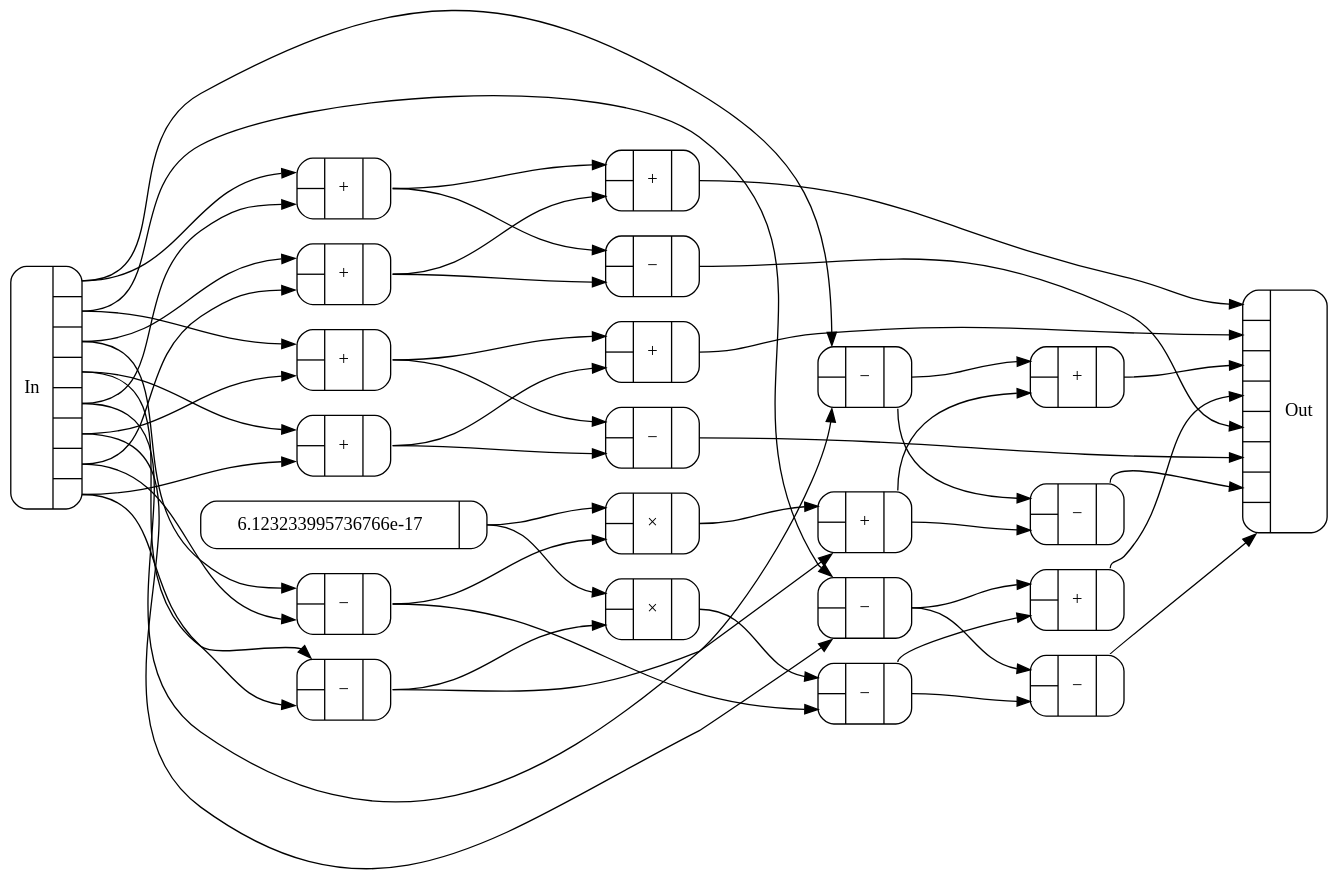
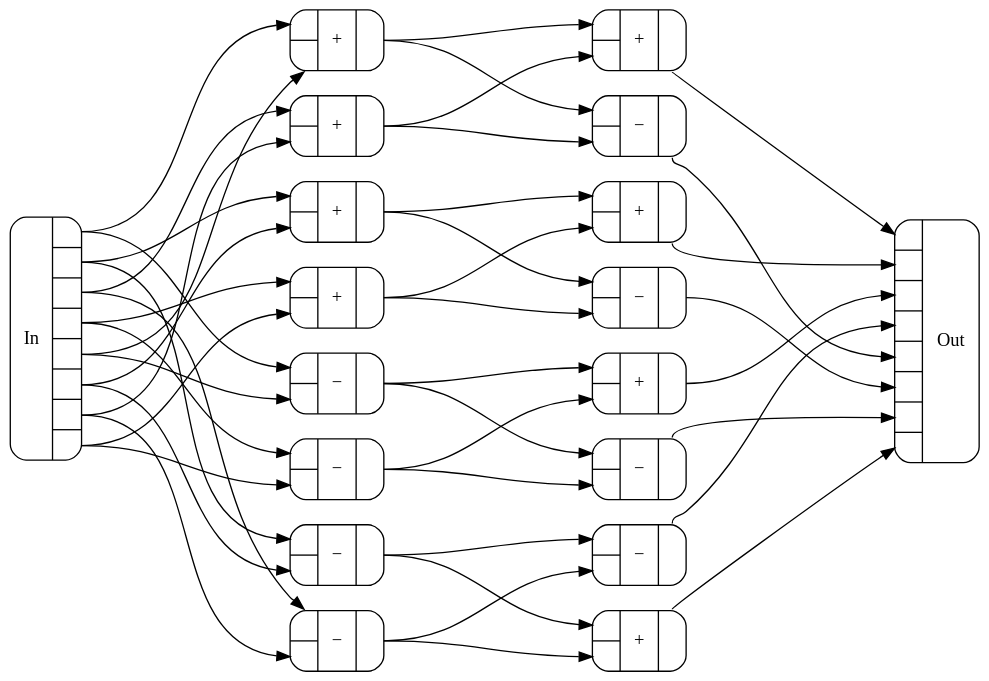
The diagram in Figures/circuits/fft-lb2.dot (conal/talk-2016-generic-fft), drawn with Graphviz before and after one commit. The commit also changed 18 other files, not shown here.

```diff
--- a/Figures/circuits/fft-lb2.dot
+++ b/Figures/circuits/fft-lb2.dot
@@ -1,80 +1,67 @@
 digraph fft_lb2 {
   rankdir=LR;
   node [shape=Mrecord];
   bgcolor=transparent;
   nslimit=20;
-  ranksep="1.25";
+  ranksep="2.2";
   c0 [label="{{<In0>|<In1>}|+|{<Out0>}}"];
   c1 [label="{{<In0>|<In1>}|+|{<Out0>}}"];
   c2 [label="{{<In0>|<In1>}|+|{<Out0>}}"];
   c3 [label="{{<In0>|<In1>}|+|{<Out0>}}"];
   c4 [label="{{<In0>|<In1>}|+|{<Out0>}}"];
   c5 [label="{{<In0>|<In1>}|+|{<Out0>}}"];
   c6 [label="{{<In0>|<In1>}|+|{<Out0>}}"];
   c7 [label="{{<In0>|<In1>}|+|{<Out0>}}"];
-  c8 [label="{{<In0>|<In1>}|+|{<Out0>}}"];
-  c22 [label="{6.123233995736766e-17|{<Out0>}}"];
-  c24 [label="{In|{<Out0>|<Out1>|<Out2>|<Out3>|<Out4>|<Out5>|<Out6>|<Out7>}}"];
-  c25 [label="{{<In0>|<In1>|<In2>|<In3>|<In4>|<In5>|<In6>|<In7>}|Out}"];
-  c28 [label="{{<In0>|<In1>}|\×|{<Out0>}}"];
-  c29 [label="{{<In0>|<In1>}|\×|{<Out0>}}"];
-  c30 [label="{{<In0>|<In1>}|\−|{<Out0>}}"];
-  c31 [label="{{<In0>|<In1>}|\−|{<Out0>}}"];
-  c32 [label="{{<In0>|<In1>}|\−|{<Out0>}}"];
-  c33 [label="{{<In0>|<In1>}|\−|{<Out0>}}"];
-  c34 [label="{{<In0>|<In1>}|\−|{<Out0>}}"];
-  c35 [label="{{<In0>|<In1>}|\−|{<Out0>}}"];
-  c36 [label="{{<In0>|<In1>}|\−|{<Out0>}}"];
-  c37 [label="{{<In0>|<In1>}|\−|{<Out0>}}"];
-  c38 [label="{{<In0>|<In1>}|\−|{<Out0>}}"];
-  c24:Out0 -> c0:In0
-  c24:Out4 -> c0:In1
-  c24:Out1 -> c1:In0
-  c24:Out5 -> c1:In1
-  c24:Out2 -> c2:In0
-  c24:Out6 -> c2:In1
-  c24:Out3 -> c3:In0
-  c24:Out7 -> c3:In1
-  c0:Out0 -> c4:In0
-  c2:Out0 -> c4:In1
-  c1:Out0 -> c5:In0
-  c3:Out0 -> c5:In1
-  c30:Out0 -> c6:In0
-  c8:Out0 -> c6:In1
-  c31:Out0 -> c7:In0
-  c38:Out0 -> c7:In1
-  c28:Out0 -> c8:In0
-  c33:Out0 -> c8:In1
-  c4:Out0 -> c25:In0
-  c5:Out0 -> c25:In1
-  c6:Out0 -> c25:In2
-  c7:Out0 -> c25:In3
-  c34:Out0 -> c25:In4
-  c35:Out0 -> c25:In5
-  c36:Out0 -> c25:In6
-  c37:Out0 -> c25:In7
-  c22:Out0 -> c28:In0
-  c32:Out0 -> c28:In1
-  c22:Out0 -> c29:In0
-  c33:Out0 -> c29:In1
-  c24:Out0 -> c30:In0
-  c24:Out4 -> c30:In1
-  c24:Out1 -> c31:In0
-  c24:Out5 -> c31:In1
-  c24:Out2 -> c32:In0
-  c24:Out6 -> c32:In1
-  c24:Out3 -> c33:In0
-  c24:Out7 -> c33:In1
-  c0:Out0 -> c34:In0
-  c2:Out0 -> c34:In1
-  c1:Out0 -> c35:In0
-  c3:Out0 -> c35:In1
-  c30:Out0 -> c36:In0
-  c8:Out0 -> c36:In1
-  c31:Out0 -> c37:In0
-  c38:Out0 -> c37:In1
-  c29:Out0 -> c38:In0
-  c32:Out0 -> c38:In1
+  c18 [label="{In|{<Out0>|<Out1>|<Out2>|<Out3>|<Out4>|<Out5>|<Out6>|<Out7>}}"];
+  c19 [label="{{<In0>|<In1>|<In2>|<In3>|<In4>|<In5>|<In6>|<In7>}|Out}"];
+  c22 [label="{{<In0>|<In1>}|\−|{<Out0>}}"];
+  c23 [label="{{<In0>|<In1>}|\−|{<Out0>}}"];
+  c24 [label="{{<In0>|<In1>}|\−|{<Out0>}}"];
+  c25 [label="{{<In0>|<In1>}|\−|{<Out0>}}"];
+  c26 [label="{{<In0>|<In1>}|\−|{<Out0>}}"];
+  c27 [label="{{<In0>|<In1>}|\−|{<Out0>}}"];
+  c28 [label="{{<In0>|<In1>}|\−|{<Out0>}}"];
+  c29 [label="{{<In0>|<In1>}|\−|{<Out0>}}"];
+  c18:Out0 -> c0:In0 [];
+  c18:Out4 -> c0:In1 [];
+  c18:Out1 -> c1:In0 [];
+  c18:Out5 -> c1:In1 [];
+  c18:Out2 -> c2:In0 [];
+  c18:Out6 -> c2:In1 [];
+  c18:Out3 -> c3:In0 [];
+  c18:Out7 -> c3:In1 [];
+  c0:Out0 -> c4:In0 [];
+  c2:Out0 -> c4:In1 [];
+  c1:Out0 -> c5:In0 [];
+  c3:Out0 -> c5:In1 [];
+  c22:Out0 -> c6:In0 [];
+  c25:Out0 -> c6:In1 [];
+  c23:Out0 -> c7:In0 [];
+  c24:Out0 -> c7:In1 [];
+  c4:Out0 -> c19:In0 [];
+  c5:Out0 -> c19:In1 [];
+  c6:Out0 -> c19:In2 [];
+  c29:Out0 -> c19:In3 [];
+  c26:Out0 -> c19:In4 [];
+  c27:Out0 -> c19:In5 [];
+  c28:Out0 -> c19:In6 [];
+  c7:Out0 -> c19:In7 [];
+  c18:Out0 -> c22:In0 [];
+  c18:Out4 -> c22:In1 [];
+  c18:Out1 -> c23:In0 [];
+  c18:Out5 -> c23:In1 [];
+  c18:Out2 -> c24:In0 [];
+  c18:Out6 -> c24:In1 [];
+  c18:Out3 -> c25:In0 [];
+  c18:Out7 -> c25:In1 [];
+  c0:Out0 -> c26:In0 [];
+  c2:Out0 -> c26:In1 [];
+  c1:Out0 -> c27:In0 [];
+  c3:Out0 -> c27:In1 [];
+  c22:Out0 -> c28:In0 [];
+  c25:Out0 -> c28:In1 [];
+  c23:Out0 -> c29:In0 [];
+  c24:Out0 -> c29:In1 [];
 }
 
-// fft-lb2 components: 9 +, 1 6.123233995736766e-17, 2 ×, 9 −, 21 total. Max depth: 4.
+// fft-lb2 components: 8 +, 8 −, 16 total. Max depth: 2.
```
